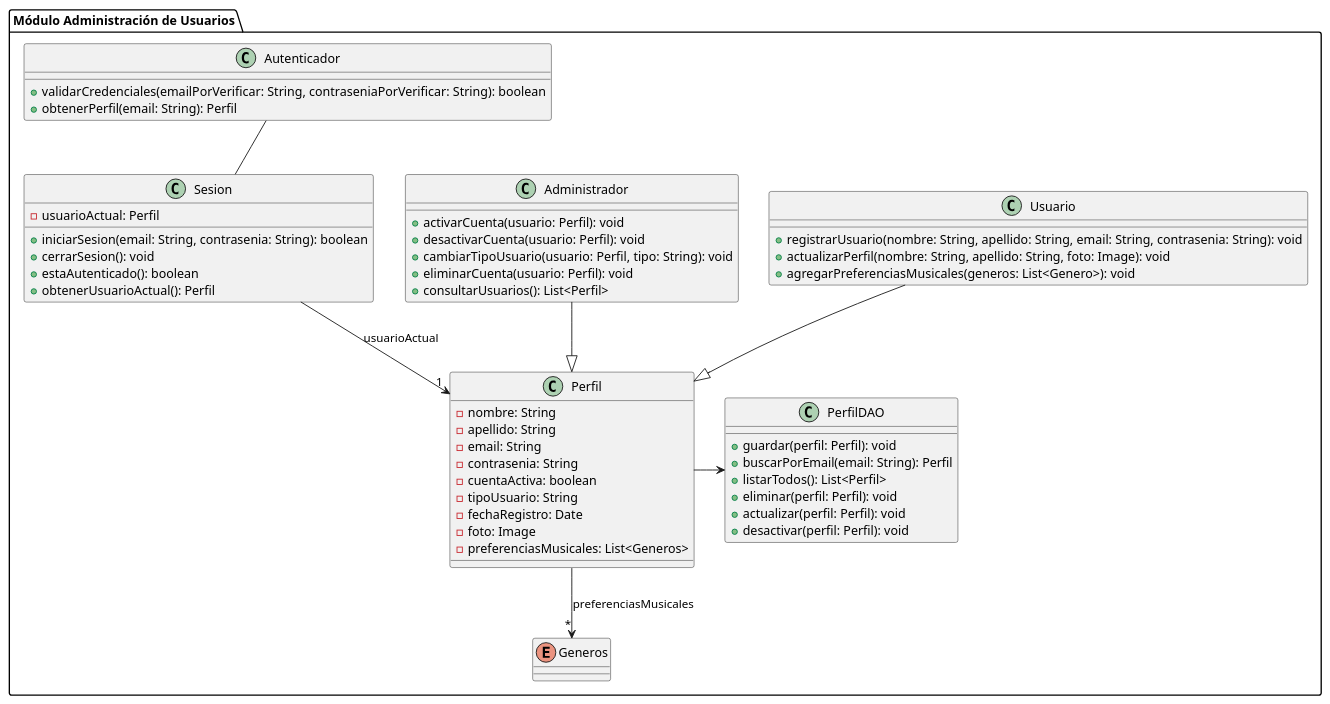
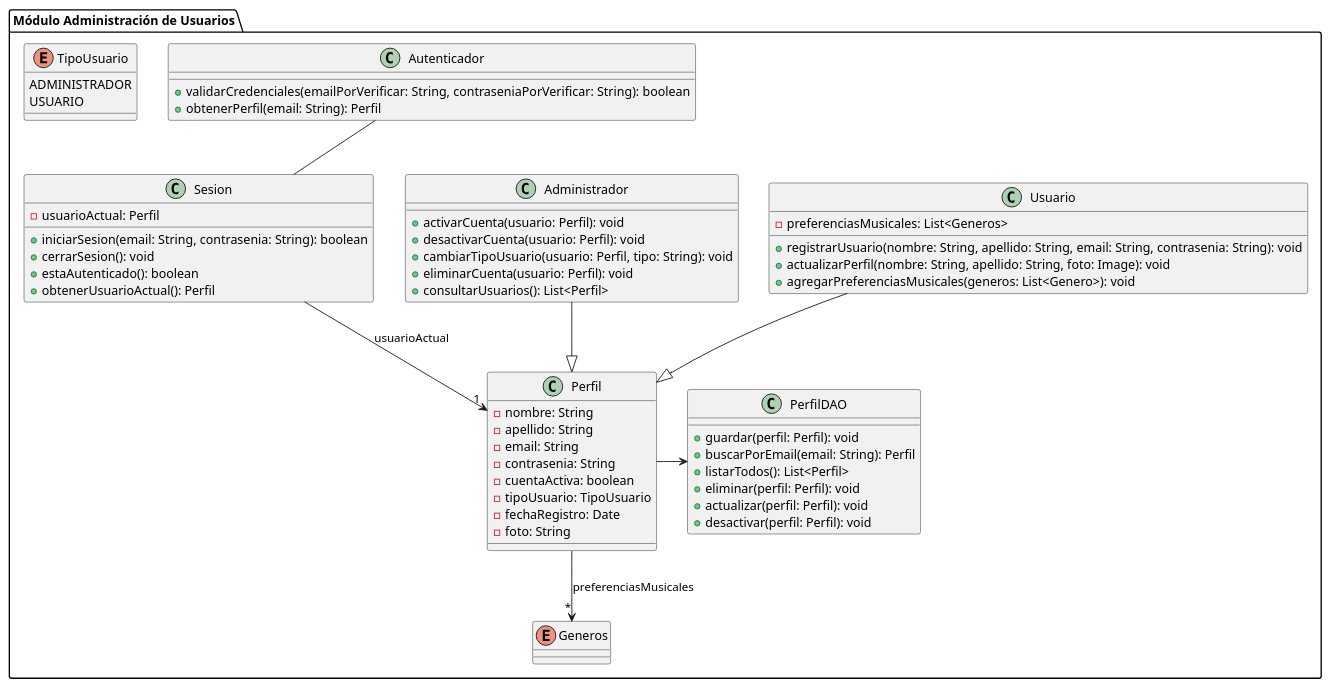
The diagram in design/DiagramaAdministracionUsuarios.puml (BaphomeT-T/InkHarmony), drawn with PlantUML before and after one commit. The commit also changed 19 other files, not shown here.

```diff
--- a/design/DiagramaAdministracionUsuarios.puml
+++ b/design/DiagramaAdministracionUsuarios.puml
@@ -1,67 +1,72 @@
 @startuml
 
 package "Módulo Administración de Usuarios" {
 
 class Perfil {
 - nombre: String
 - apellido: String
 - email: String
 - contrasenia: String
 - cuentaActiva: boolean
-- tipoUsuario: String
+- tipoUsuario: TipoUsuario
 - fechaRegistro: Date
-- foto: Image
-- preferenciasMusicales: List<Generos>
+- foto: String
 }
 
 class Usuario {
+- preferenciasMusicales: List<Generos>
 + registrarUsuario(nombre: String, apellido: String, email: String, contrasenia: String): void
 + actualizarPerfil(nombre: String, apellido: String, foto: Image): void
 + agregarPreferenciasMusicales(generos: List<Genero>): void
 }
 
 class Administrador {
 + activarCuenta(usuario: Perfil): void
 + desactivarCuenta(usuario: Perfil): void
 + cambiarTipoUsuario(usuario: Perfil, tipo: String): void
 + eliminarCuenta(usuario: Perfil): void
 + consultarUsuarios(): List<Perfil>
 }
 
 class Autenticador {
 + validarCredenciales(emailPorVerificar: String, contraseniaPorVerificar: String): boolean
 + obtenerPerfil(email: String): Perfil
 }
 
 class Sesion {
 - usuarioActual: Perfil
 + iniciarSesion(email: String, contrasenia: String): boolean
 + cerrarSesion(): void
 + estaAutenticado(): boolean
 + obtenerUsuarioActual(): Perfil
 }
 
 enum Generos {
+
+}
+enum TipoUsuario {
+    ADMINISTRADOR
+    USUARIO
 }
 
 
 class PerfilDAO {
 + guardar(perfil: Perfil): void
 + buscarPorEmail(email: String): Perfil
 + listarTodos(): List<Perfil>
 + eliminar(perfil: Perfil): void
 + actualizar(perfil: Perfil): void
 + desactivar(perfil: Perfil): void
 }
 
 Autenticador --  Sesion
 Sesion --> "1" Perfil: usuarioActual
 Perfil --> "*" Generos : preferenciasMusicales
 Usuario --|> Perfil
 Administrador --|> Perfil
 Perfil -> PerfilDAO
 
 
 }
 
 @enduml
```
